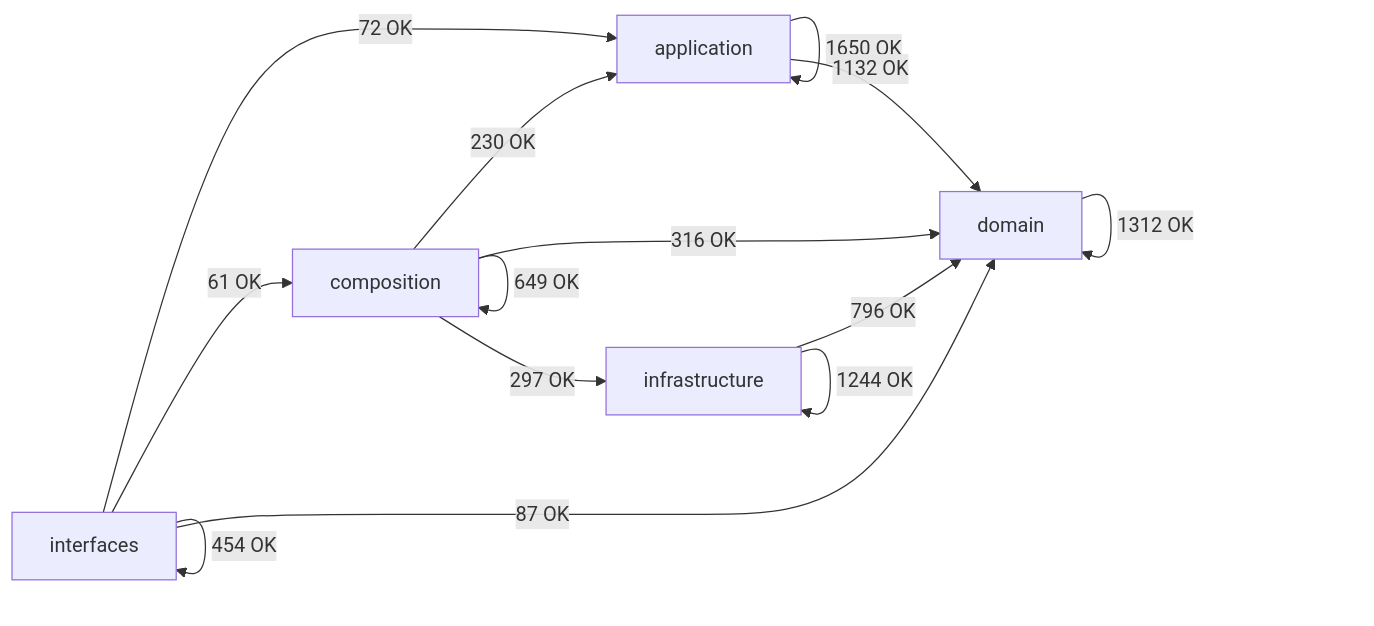
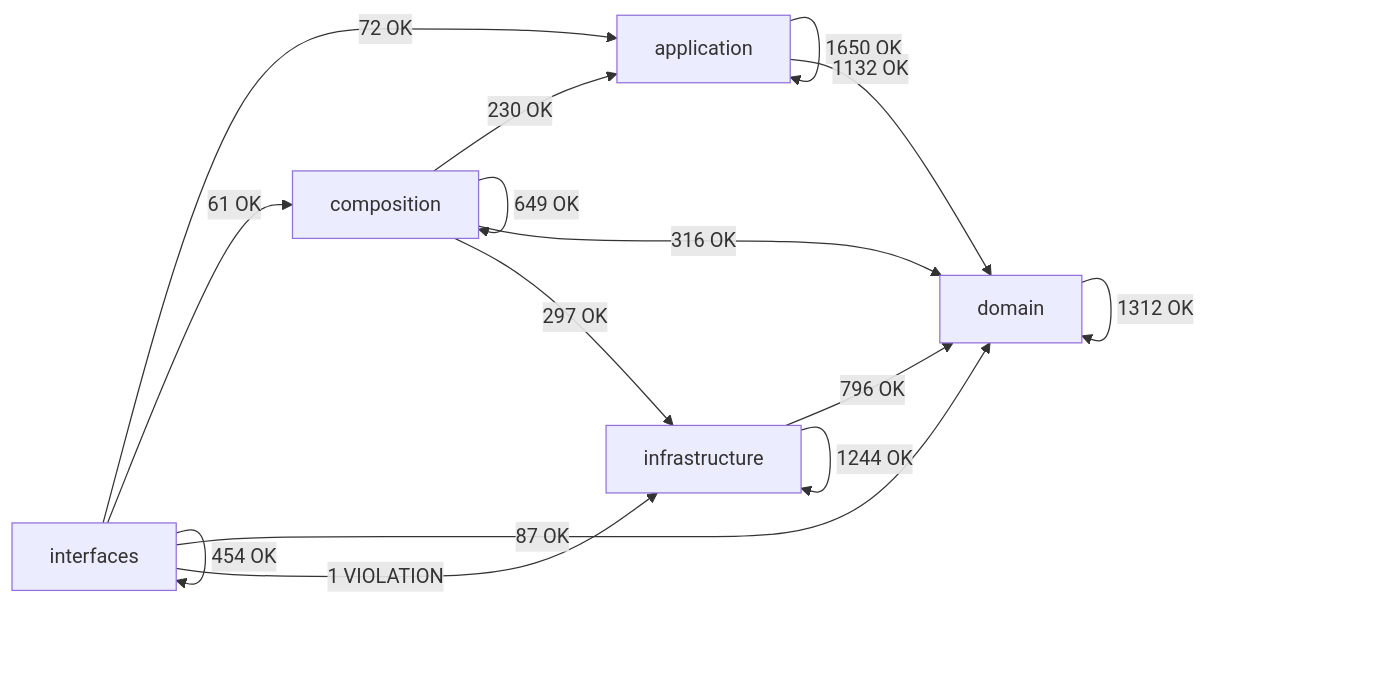
Before and after one commit to SatoryKono/BioactivityDataAcquisition: the diagram in docs/02-architecture/generated/module-dependency-map.md, drawn with Mermaid. The commit also changed other lines of this file and 8 other files, not shown here.

````diff
--- a/docs/02-architecture/generated/module-dependency-map.md
+++ b/docs/02-architecture/generated/module-dependency-map.md
@@ -17,21 +17,22 @@
 ```mermaid
 flowchart LR
     domain[domain]
     application[application]
     infrastructure[infrastructure]
     composition[composition]
     interfaces[interfaces]
     application -->|1650 OK| application
     application -->|1132 OK| domain
     composition -->|230 OK| application
     composition -->|649 OK| composition
     composition -->|316 OK| domain
     composition -->|297 OK| infrastructure
     domain -->|1312 OK| domain
     infrastructure -->|796 OK| domain
     infrastructure -->|1244 OK| infrastructure
     interfaces -->|72 OK| application
     interfaces -->|61 OK| composition
     interfaces -->|87 OK| domain
+    interfaces -->|1 VIOLATION| infrastructure
     interfaces -->|454 OK| interfaces
 ```
````
